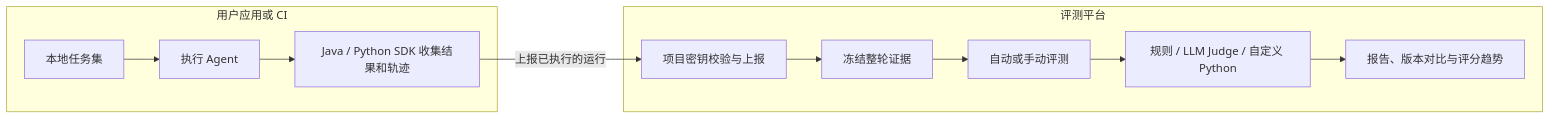
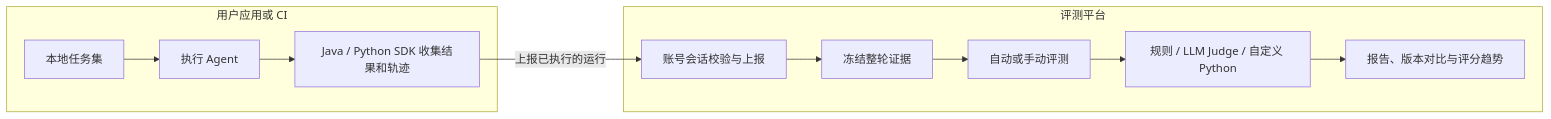
The diagram in README.md (1993226871/veyraeval), drawn with Mermaid before and after one commit. The commit also changed other lines of this file and 22 other files, not shown here.

````diff
--- a/README.md
+++ b/README.md
@@ -55,14 +55,14 @@
 ```mermaid
 flowchart LR
     subgraph App[用户应用或 CI]
         Cases[本地任务集] --> Agent[执行 Agent]
         Agent --> SDK[Java / Python SDK 收集结果和轨迹]
     end
     subgraph Platform[评测平台]
-        Intake[项目密钥校验与上报] --> Evidence[冻结整轮证据]
+        Intake[账号会话校验与上报] --> Evidence[冻结整轮证据]
         Evidence --> Gate[自动或手动评测]
         Gate --> Eval[规则 / LLM Judge / 自定义 Python]
         Eval --> Report[报告、版本对比与评分趋势]
     end
     SDK -->|上报已执行的运行| Intake
 ```
````
